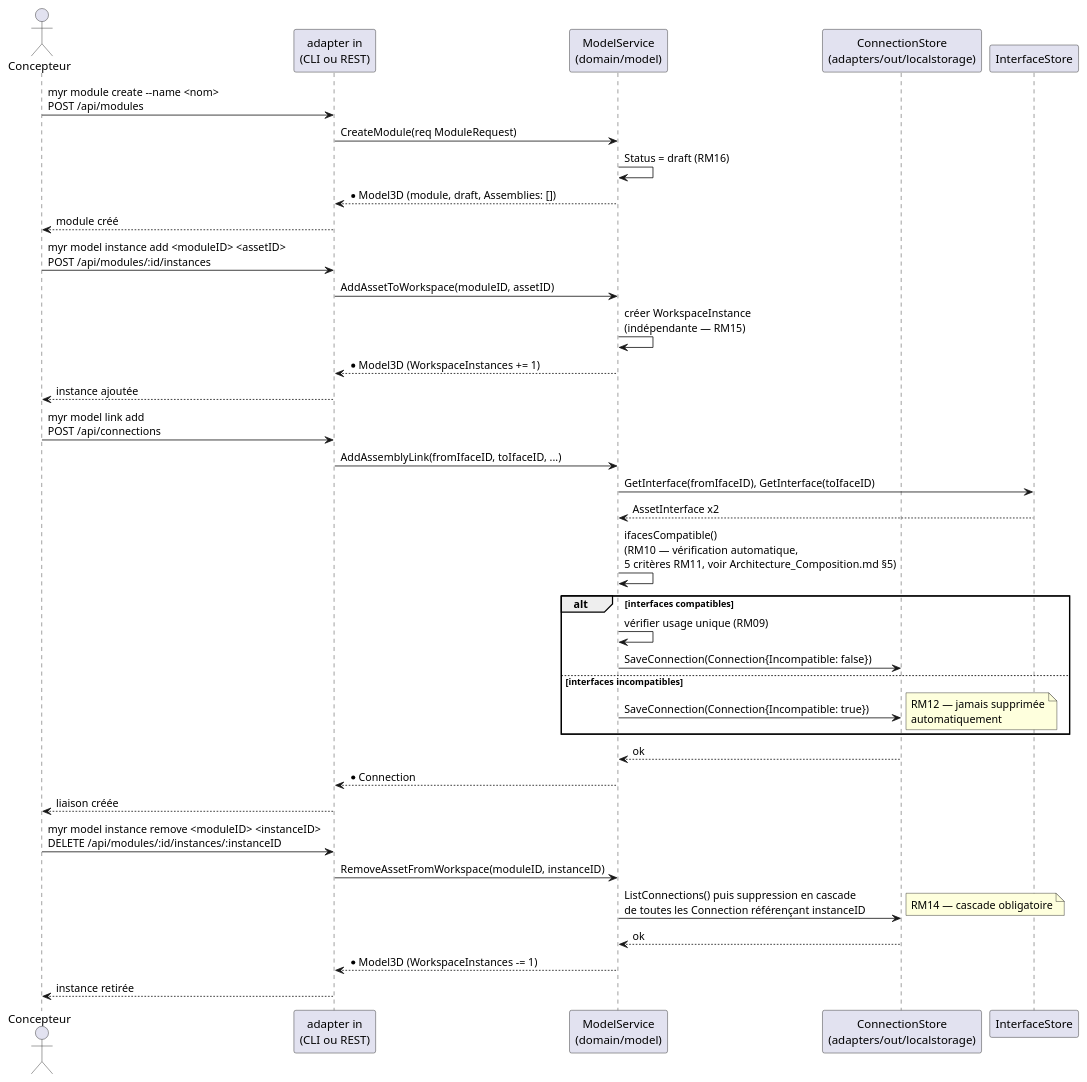
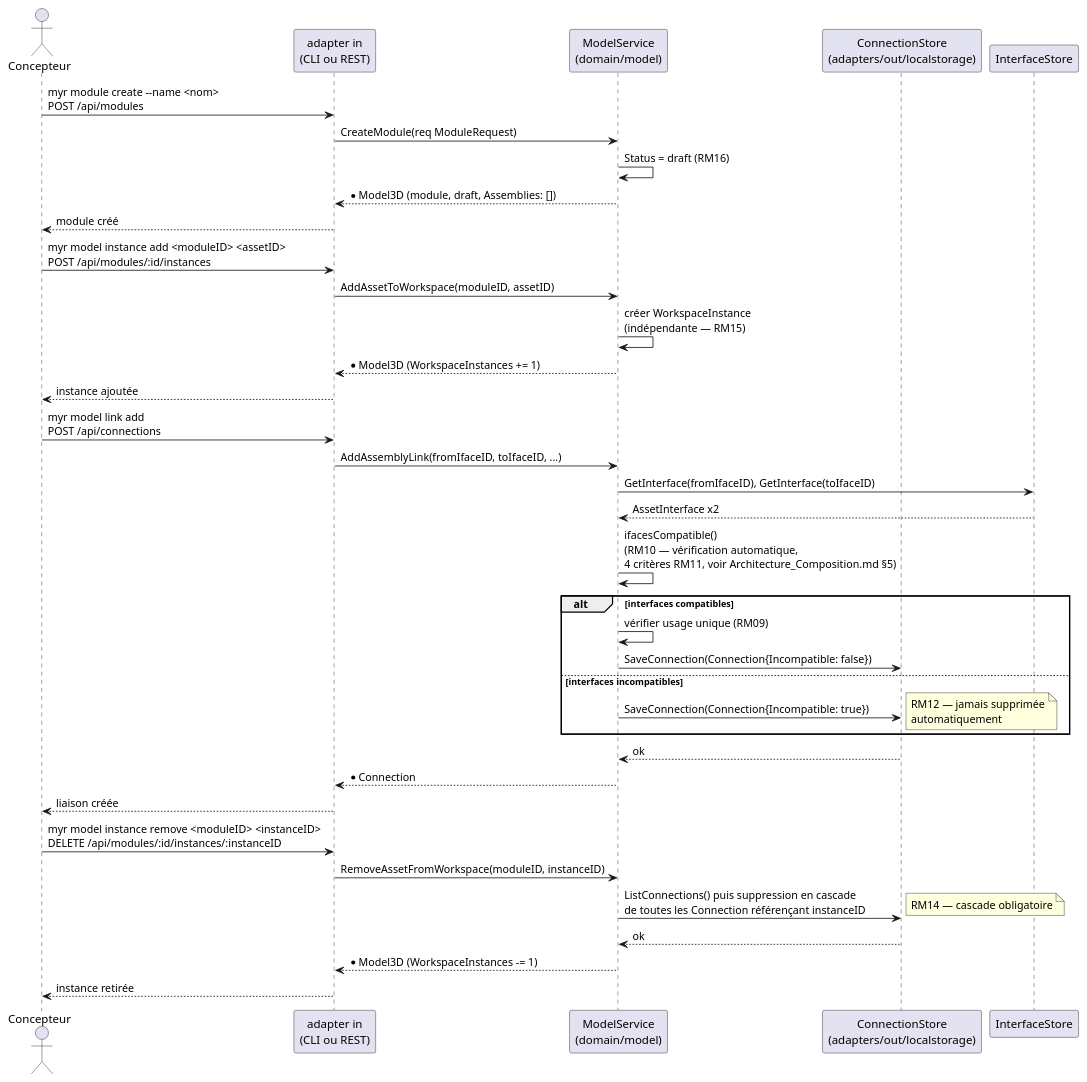
The first of 2 diagrams in specs/3-Conception/Sequence_soumission_module.md (myr-forge/myr-core), drawn with PlantUML before and after one commit. The commit also changed 23 other files, not shown here.

````diff
--- a/specs/3-Conception/Sequence_soumission_module.md
+++ b/specs/3-Conception/Sequence_soumission_module.md
@@ -37,45 +37,45 @@
 ```plantuml
 @startuml
 actor "Concepteur" as C
 participant "adapter in\n(CLI ou REST)" as In
 participant "ModelService\n(domain/model)" as Svc
 participant "ConnectionStore\n(adapters/out/localstorage)" as ConnS
 participant "InterfaceStore" as IfaceS
 
 C -> In : myr module create --name <nom>\nPOST /api/modules
 In -> Svc : CreateModule(req ModuleRequest)
 Svc -> Svc : Status = draft (RM16)
 Svc --> In : *Model3D (module, draft, Assemblies: [])
 In --> C : module créé
 
 C -> In : myr model instance add <moduleID> <assetID>\nPOST /api/modules/:id/instances
 In -> Svc : AddAssetToWorkspace(moduleID, assetID)
 Svc -> Svc : créer WorkspaceInstance\n(indépendante — RM15)
 Svc --> In : *Model3D (WorkspaceInstances += 1)
 In --> C : instance ajoutée
 
 C -> In : myr model link add\nPOST /api/connections
 In -> Svc : AddAssemblyLink(fromIfaceID, toIfaceID, ...)
 Svc -> IfaceS : GetInterface(fromIfaceID), GetInterface(toIfaceID)
 IfaceS --> Svc : AssetInterface x2
-Svc -> Svc : ifacesCompatible()\n(RM10 — vérification automatique,\n5 critères RM11, voir Architecture_Composition.md §5)
+Svc -> Svc : ifacesCompatible()\n(RM10 — vérification automatique,\n4 critères RM11, voir Architecture_Composition.md §5)
 alt interfaces compatibles
   Svc -> Svc : vérifier usage unique (RM09)
   Svc -> ConnS : SaveConnection(Connection{Incompatible: false})
 else interfaces incompatibles
   Svc -> ConnS : SaveConnection(Connection{Incompatible: true})
   note right: RM12 — jamais supprimée\nautomatiquement
 end
 ConnS --> Svc : ok
 Svc --> In : *Connection
 In --> C : liaison créée
 
 C -> In : myr model instance remove <moduleID> <instanceID>\nDELETE /api/modules/:id/instances/:instanceID
 In -> Svc : RemoveAssetFromWorkspace(moduleID, instanceID)
 Svc -> ConnS : ListConnections() puis suppression en cascade\nde toutes les Connection référençant instanceID
 note right: RM14 — cascade obligatoire
 ConnS --> Svc : ok
 Svc --> In : *Model3D (WorkspaceInstances -= 1)
 In --> C : instance retirée
 @enduml
 ```
````
